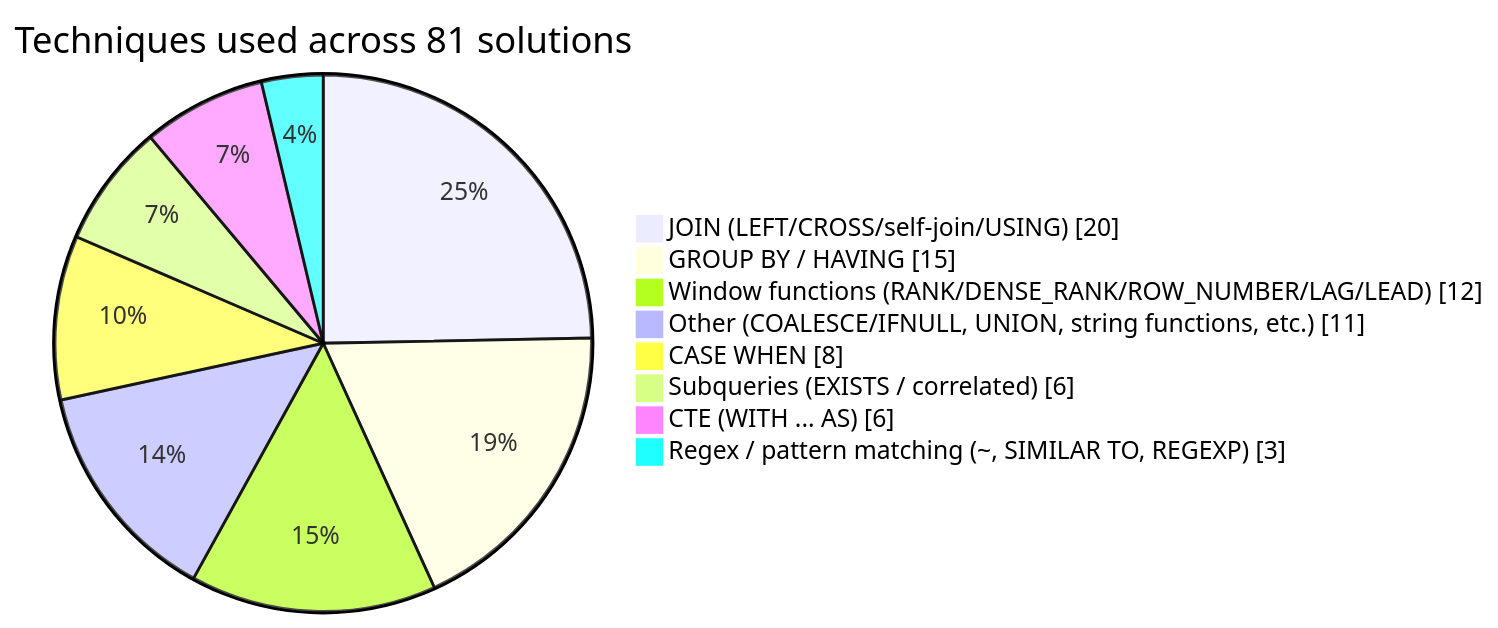
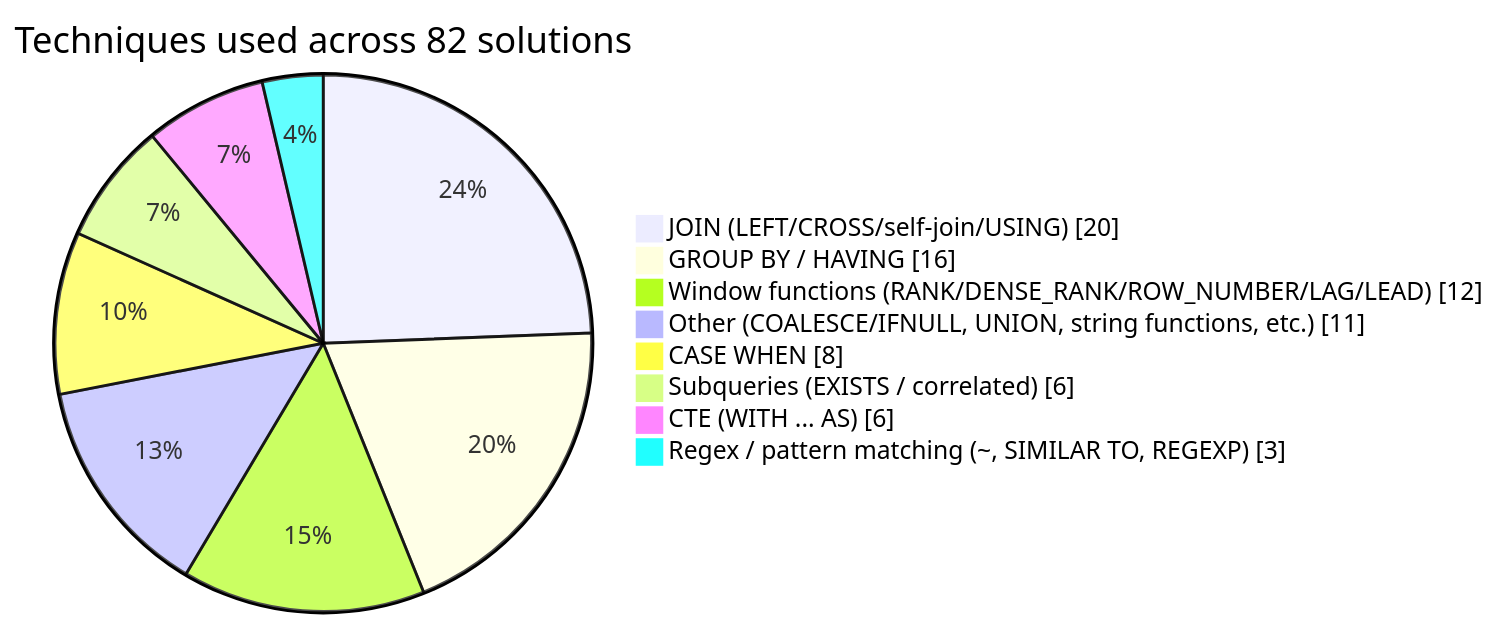
One commit to ruhlanrzayev/LeetCode_SQL_Problems changed the diagram in README.md. Above: the diagram before and after it, drawn with Mermaid. The commit also changed other lines of this file, not shown here.

Commit message:
chore: auto-update technique breakdown chart

````diff
--- a/README.md
+++ b/README.md
@@ -11,12 +11,12 @@
 ```mermaid
 pie showData
-    title Techniques used across 81 solutions
+    title Techniques used across 82 solutions
     "JOIN (LEFT/CROSS/self-join/USING)" : 20
-    "GROUP BY / HAVING" : 15
+    "GROUP BY / HAVING" : 16
     "Window functions (RANK/DENSE_RANK/ROW_NUMBER/LAG/LEAD)" : 12
     "Other (COALESCE/IFNULL, UNION, string functions, etc.)" : 11
     "CASE WHEN" : 8
     "Subqueries (EXISTS / correlated)" : 6
     "CTE (WITH ... AS)" : 6
     "Regex / pattern matching (~, SIMILAR TO, REGEXP)" : 3
 ```
````
